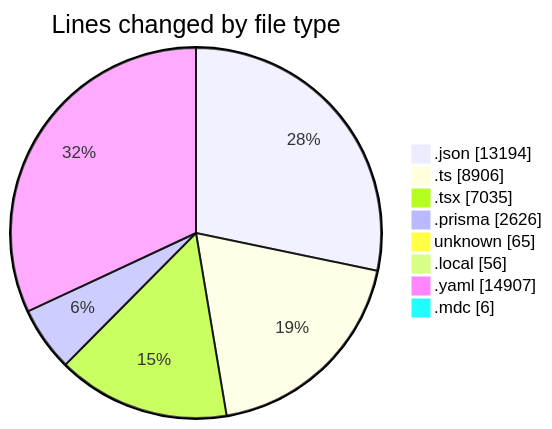
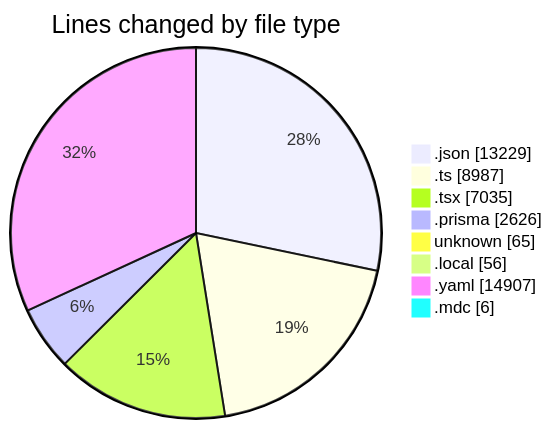
Before and after one commit to CELIANVF/code-tracking: the first of 2 diagrams in 2025-05-15/ecodeli-1/README.md, drawn with Mermaid. The commit also changed other lines of this file and 1 other file, not shown here.

````diff
--- a/2025-05-15/ecodeli-1/README.md
+++ b/2025-05-15/ecodeli-1/README.md
@@ -67,12 +67,12 @@
 ```mermaid
 pie showData
 title Lines changed by file type
-".json" : 13194
-".ts" : 8906
+".json" : 13229
+".ts" : 8987
 ".tsx" : 7035
 ".prisma" : 2626
 "unknown" : 65
 ".local" : 56
 ".yaml" : 14907
 ".mdc" : 6
 ```
````
